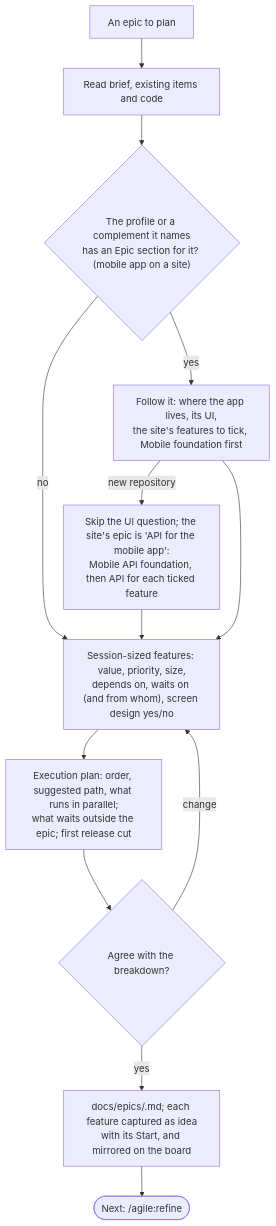
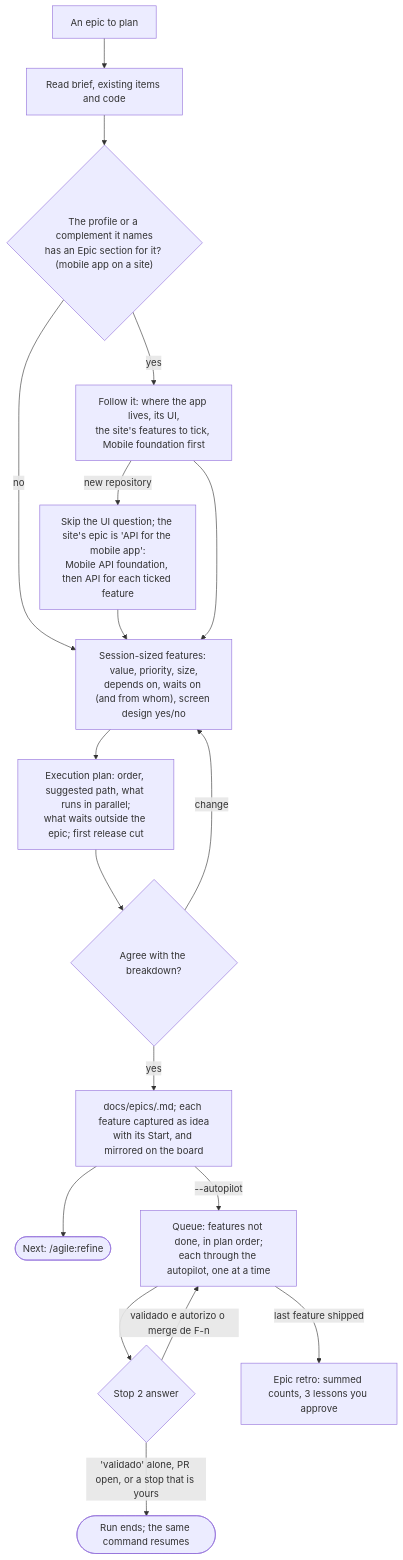
The sixth of 21 diagrams in docs/agile/workflow.md (alexcanario/simulab), drawn with Mermaid before and after one commit. The commit also changed other lines of this file and 10 other files, not shown here.

````diff
--- a/docs/agile/workflow.md
+++ b/docs/agile/workflow.md
@@ -798,15 +817,20 @@
 ```mermaid
 flowchart TD
     A["An epic to plan"] --> B["Read brief, existing items and code"]
     B --> B1{"The profile or a complement it names<br/>has an Epic section for it? (mobile app on a site)"}
     B1 -->|yes| B2["Follow it: where the app lives, its UI,<br/>the site's features to tick, Mobile foundation first"]
     B1 -->|no| C
     B2 -->|new repository| B3["Skip the UI question; the site's epic is 'API for the mobile app':<br/>Mobile API foundation, then API for each ticked feature"]
     B3 --> C
     B2 --> C["Session-sized features: value, priority, size,<br/>depends on, waits on (and from whom), screen design yes/no"]
     C --> D["Execution plan: order, suggested path, what runs in parallel;<br/>what waits outside the epic; first release cut"]
     D --> E{"Agree with the breakdown?"}
     E -->|change| C
     E -->|yes| F["docs/epics/<slug>.md; each feature captured as idea<br/>with its Start, and mirrored on the board"]
     F --> G(["Next: /agile:refine <first feature that waits on nothing>"])
+    F -->|"--autopilot"| H["Queue: features not done, in plan order;<br/>each through the autopilot, one at a time"]
+    H --> I{"Stop 2 answer"}
+    I -->|"validado e autorizo o merge de F-n"| H
+    I -->|"'validado' alone, PR open, or a stop that is yours"| J(["Run ends; the same command resumes"])
+    H -->|"last feature shipped"| K["Epic retro: summed counts, 3 lessons you approve"]
 ```
````
